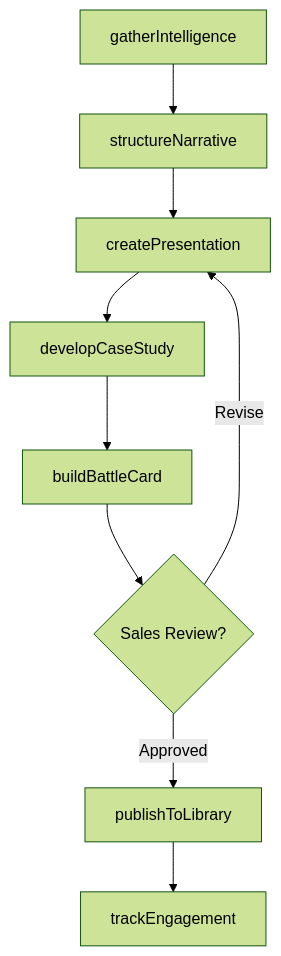
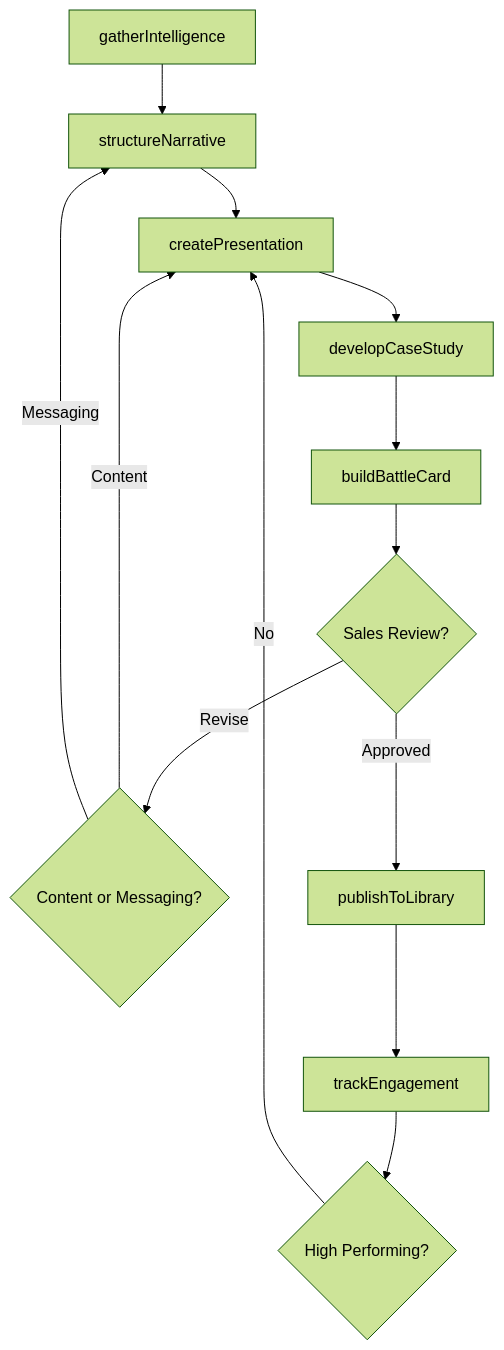
Before and after one commit to dot-org-ai/tasks.org.ai: the third of 4 diagrams in ThinkingCreatively/DevelopMarketingOrPromotionalMaterials/DevelopContentSalesPresentationsMaterials.mdx, drawn with Mermaid (forest theme). The commit also changed other lines of this file and 504 other files, not shown here.

First line of the commit message:
feat: Add ER diagrams, state diagrams, and workflow improvements to 96 DWA task files

````diff
--- a/ThinkingCreatively/DevelopMarketingOrPromotionalMaterials/DevelopContentSalesPresentationsMaterials.mdx
+++ b/ThinkingCreatively/DevelopMarketingOrPromotionalMaterials/DevelopContentSalesPresentationsMaterials.mdx
@@ -89,11 +119,15 @@
 ```mermaid
 graph TD
     A[gatherIntelligence] --> B[structureNarrative]
     B --> C[createPresentation]
     C --> D[developCaseStudy]
     D --> E[buildBattleCard]
     E --> F{Sales Review?}
-    F -->|Revise| C
-    F -->|Approved| G[publishToLibrary]
-    G --> H[trackEngagement]
+    F -->|Revise| G{Content or Messaging?}
+    G -->|Content| C
+    G -->|Messaging| B
+    F -->|Approved| H[publishToLibrary]
+    H --> I[trackEngagement]
+    I --> J{High Performing?}
+    J -->|No| C
 ```
````
